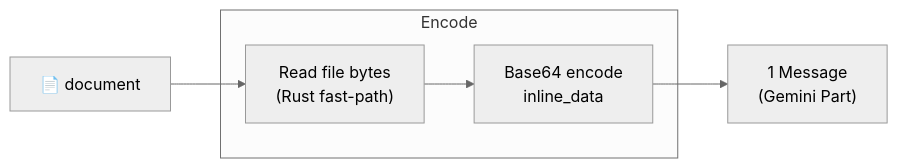
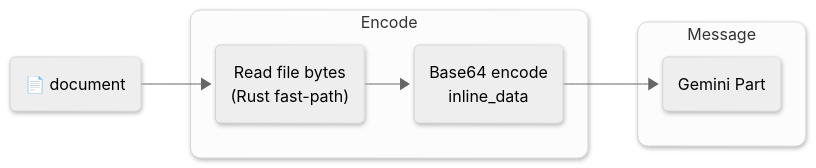
Diagram 16 of 17 in docs/ENCODERS.md (vlm-run/mm), drawn with Mermaid (neutral theme) before and after one commit. The commit also changed other lines of this file and 1 other file, not shown here.

Commit message:
Use a proper message block with subgroups (#146)

````diff
--- a/docs/ENCODERS.md
+++ b/docs/ENCODERS.md
@@ -361,13 +437,18 @@
 ```mermaid
+%%{init: {'look': 'neo'} }%%
 graph LR
-  doc["📄 document"]
+  doc("📄 document")
 
   subgraph encode ["Encode"]
-    read["Read file bytes\n(Rust fast-path)"]
-    b64["Base64 encode\ninline_data"]
+    read("Read file bytes\n(Rust fast-path)")
+    b64("Base64 encode\ninline_data")
   end
 
-  msg["1 Message\n(Gemini Part)"]
+  subgraph message ["Message"]
+    msg("Gemini Part")
+  end
 
   doc --> read --> b64 --> msg
+  style encode rx:10px,ry:10px
+  style message rx:10px,ry:10px
 ```
````
